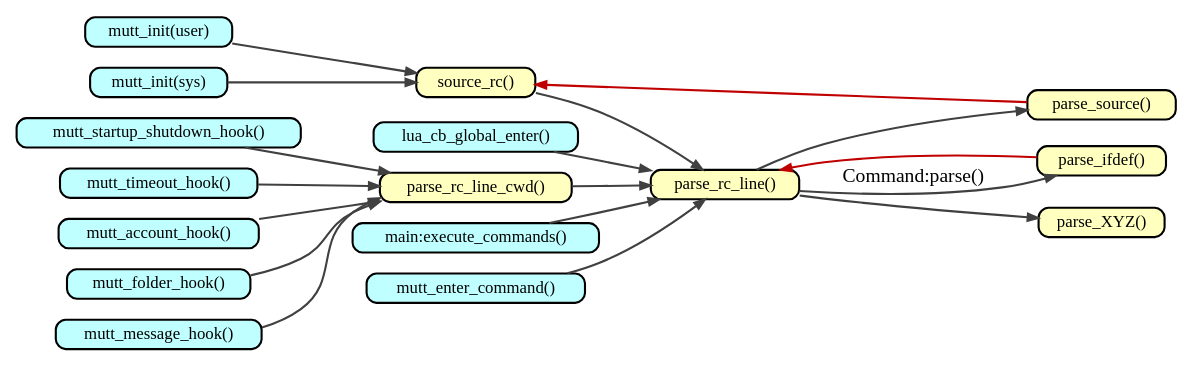
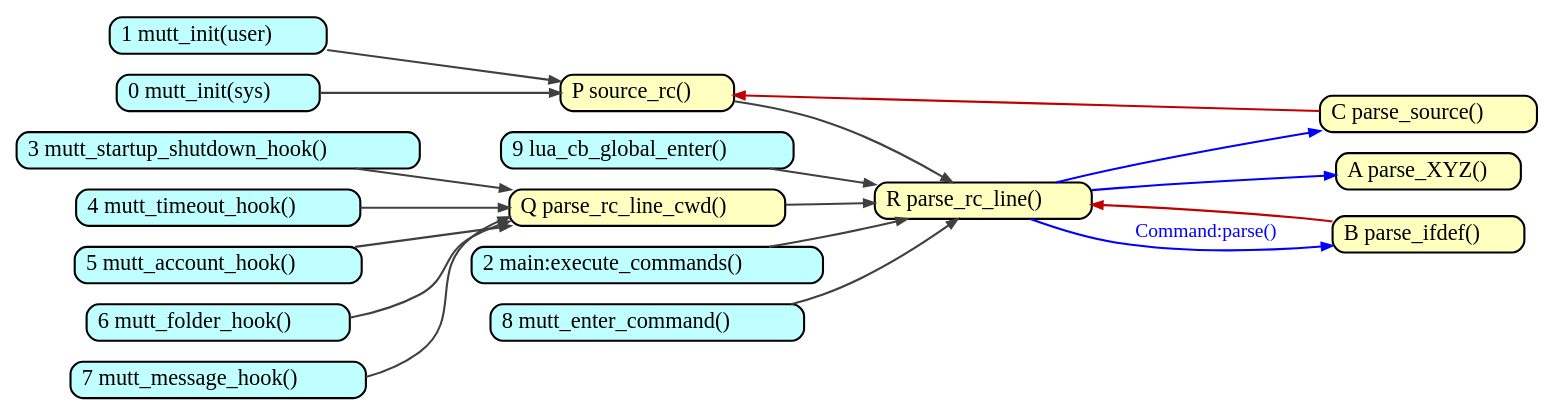
Before and after one commit to neomutt/flatcap-brain-dump: the diagram in commands/parse.gv, drawn with Graphviz. The commit also changed 3 other files, not shown here.

```diff
--- a/commands/parse.gv
+++ b/commands/parse.gv
@@ -1,72 +1,73 @@
 digraph callgraph {
 	graph [
 		rankdir="LR"
 		nodesep="0.2"
 		ranksep="0.5"
 		compound="true"
 	]
 
 	node [
 		shape="Mrecord"
-		fontsize="12"
+		fontsize="16"
 		fillcolor="#ffffff"
 		style="filled"
 		height="0.2"
 		penwidth="1.5"
 		color="black"
 	]
 
 	edge [
 		penwidth="1.5"
 		arrowsize="0.75"
 		color="#404040"
 	]
 
 	// External functions
 	node [ fillcolor="#c0ffff" ]
-	lua_cb_global_enter        [ label="lua_cb_global_enter()"        ]
-	main_execute_commands      [ label="main:execute_commands()"      ]
-	mutt_account_hook          [ label="mutt_account_hook()"          ]
-	mutt_enter_command         [ label="mutt_enter_command()"         ]
-	mutt_folder_hook           [ label="mutt_folder_hook()"           ]
-	mutt_init_sys              [ label="mutt_init(sys)"               ]
-	mutt_init_user             [ label="mutt_init(user)"              ]
-	mutt_message_hook          [ label="mutt_message_hook()"          ]
-	mutt_startup_shutdown_hook [ label="mutt_startup_shutdown_hook()" ]
-	mutt_timeout_hook          [ label="mutt_timeout_hook()"          ]
+	lua_cb_global_enter        [ label=<9 lua_cb_global_enter()>        ]
+	main_execute_commands      [ label=<2 main:execute_commands()>      ]
+	mutt_account_hook          [ label=<5 mutt_account_hook()>          ]
+	mutt_enter_command         [ label=<8 mutt_enter_command()>         ]
+	mutt_folder_hook           [ label=<6 mutt_folder_hook()>           ]
+	mutt_init_sys              [ label=<0 mutt_init(sys)>               ]
+	mutt_init_user             [ label=<1 mutt_init(user)>              ]
+	mutt_message_hook          [ label=<7 mutt_message_hook()>          ]
+	mutt_startup_shutdown_hook [ label=<3 mutt_startup_shutdown_hook()> ]
+	mutt_timeout_hook          [ label=<4 mutt_timeout_hook()>          ]
 
 	{ rank=same mutt_account_hook mutt_folder_hook mutt_message_hook mutt_startup_shutdown_hook mutt_timeout_hook mutt_init_sys mutt_init_user }
 
 	// Parts of Parse System
 	node [ fillcolor="#ffffc0" ]
-	parse_ifdef           [ label="parse_ifdef()"           ]
-	parse_rc_line         [ label="parse_rc_line()"         ]
-	parse_rc_line_cwd     [ label="parse_rc_line_cwd()"     ]
-	parse_source          [ label="parse_source()"          ]
-	parse_XYZ             [ label="parse_XYZ()"             ]
-	source_rc             [ label="source_rc()"             ]
+	source_rc             [ label=<P source_rc()>             ]
+	parse_rc_line_cwd     [ label=<Q parse_rc_line_cwd()>     ]
+	parse_rc_line         [ label=<R parse_rc_line()>         ]
+
+	parse_XYZ             [ label=<A parse_XYZ()>             ]
+	parse_ifdef           [ label=<B parse_ifdef()>           ]
+	parse_source          [ label=<C parse_source()>          ]
 
 	{ rank=same lua_cb_global_enter main_execute_commands mutt_enter_command parse_rc_line_cwd source_rc }
 
 	mutt_init_sys  -> source_rc
 	mutt_init_user -> source_rc
 	parse_source   -> source_rc [ color="#c00000" ]
 
 	lua_cb_global_enter   -> parse_rc_line
 	main_execute_commands -> parse_rc_line
 	mutt_enter_command    -> parse_rc_line
 	parse_ifdef           -> parse_rc_line [ color="#c00000" ]
 	parse_rc_line_cwd     -> parse_rc_line
 	source_rc             -> parse_rc_line
 
-	parse_rc_line -> parse_ifdef [ label="Command:parse()" ]
-	parse_rc_line -> parse_XYZ
-	parse_rc_line -> parse_source
+	parse_rc_line -> parse_ifdef  [ color="#0000ff" label="Command:parse()" fontcolor="#0000ff" ]
+	parse_rc_line -> parse_XYZ    [ color="#0000ff" ]
+	parse_rc_line -> parse_source [ color="#0000ff" ]
 
 	mutt_account_hook          -> parse_rc_line_cwd
 	mutt_folder_hook           -> parse_rc_line_cwd
 	mutt_message_hook          -> parse_rc_line_cwd
 	mutt_startup_shutdown_hook -> parse_rc_line_cwd
 	mutt_timeout_hook          -> parse_rc_line_cwd
 
 }
```
